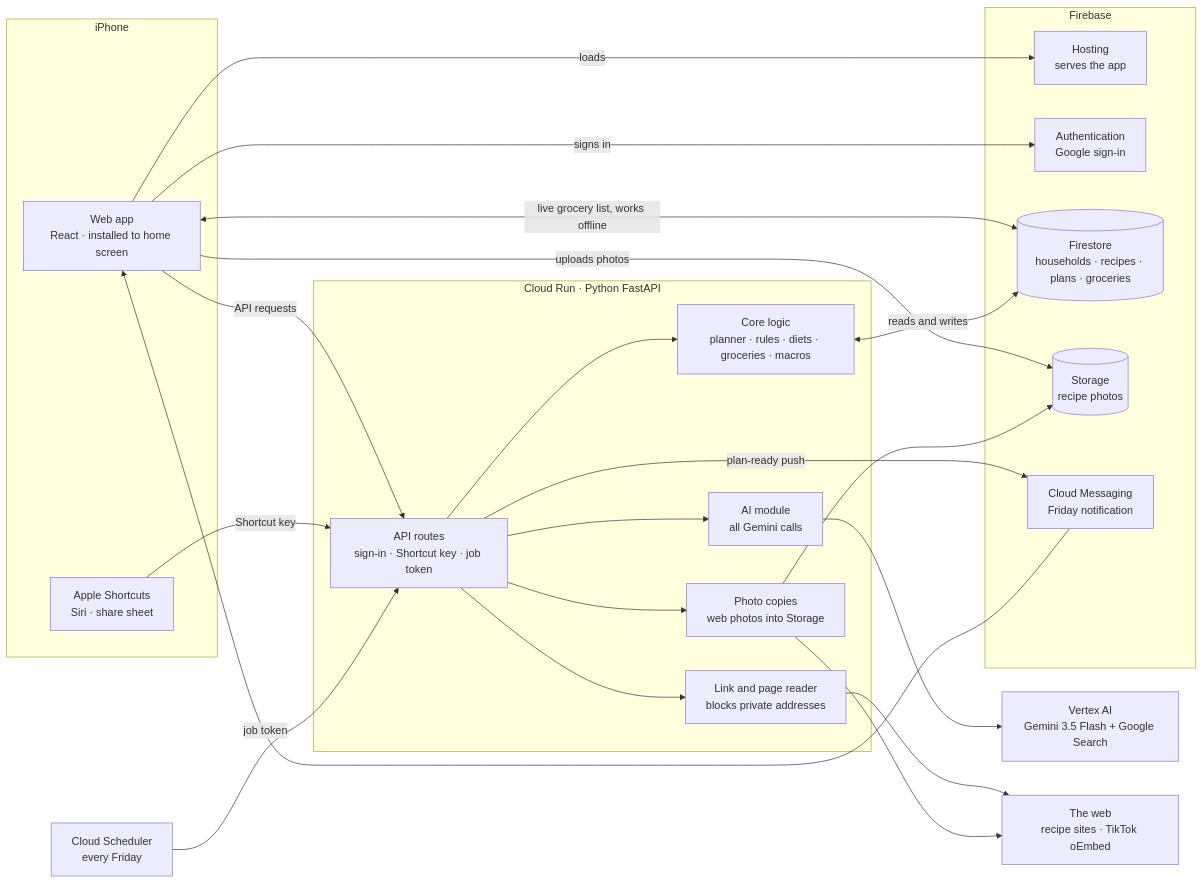
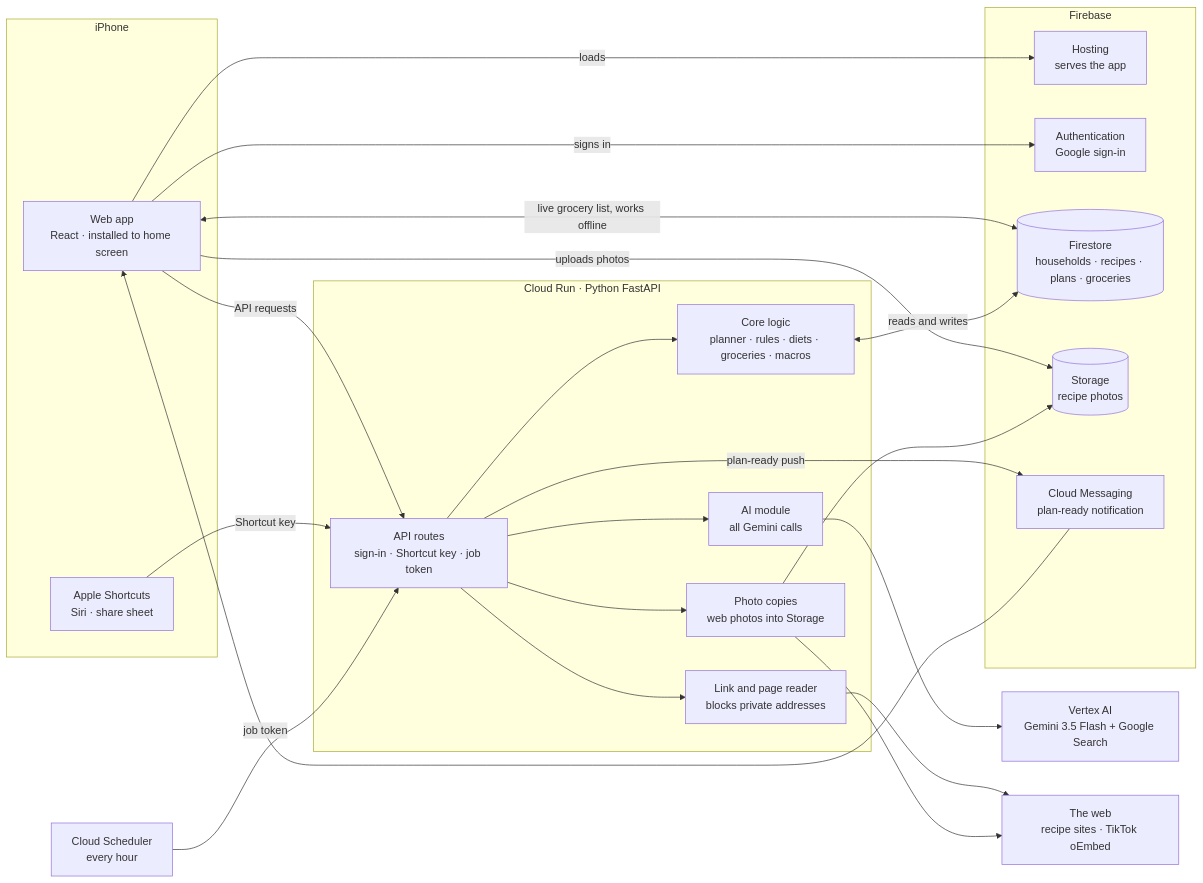
The first of 2 diagrams in docs/architecture.md (ffilipasoares/macrosapp), drawn with Mermaid before and after one commit. The commit also changed 19 other files, not shown here.

````diff
--- a/docs/architecture.md
+++ b/docs/architecture.md
@@ -7,46 +7,46 @@
 ```mermaid
 flowchart LR
   subgraph Phone["iPhone"]
     App["Web app<br/>React · installed to home screen"]
     SC["Apple Shortcuts<br/>Siri · share sheet"]
   end
 
   subgraph Firebase
     Hosting["Hosting<br/>serves the app"]
     Auth["Authentication<br/>Google sign-in"]
     FS[("Firestore<br/>households · recipes · plans · groceries")]
     ST[("Storage<br/>recipe photos")]
-    FCM["Cloud Messaging<br/>Friday notification"]
+    FCM["Cloud Messaging<br/>plan-ready notification"]
   end
 
   subgraph CloudRun["Cloud Run · Python FastAPI"]
     API["API routes<br/>sign-in · Shortcut key · job token"]
     Core["Core logic<br/>planner · rules · diets · groceries · macros"]
     AIm["AI module<br/>all Gemini calls"]
     Links["Link and page reader<br/>blocks private addresses"]
     Photos["Photo copies<br/>web photos into Storage"]
   end
 
   Gemini["Vertex AI<br/>Gemini 3.5 Flash + Google Search"]
   Web["The web<br/>recipe sites · TikTok oEmbed"]
-  Sched["Cloud Scheduler<br/>every Friday"]
+  Sched["Cloud Scheduler<br/>every hour"]
 
   App -->|loads| Hosting
   App -->|signs in| Auth
   App <-->|live grocery list, works offline| FS
   App -->|uploads photos| ST
   App -->|API requests| API
   SC -->|Shortcut key| API
   Sched -->|job token| API
   API --> Core
   API --> AIm
   API --> Links
   API --> Photos
   Core <-->|reads and writes| FS
   AIm --> Gemini
   Links --> Web
   Photos --> Web
   Photos --> ST
   API -->|plan-ready push| FCM
   FCM --> App
 ```
````
